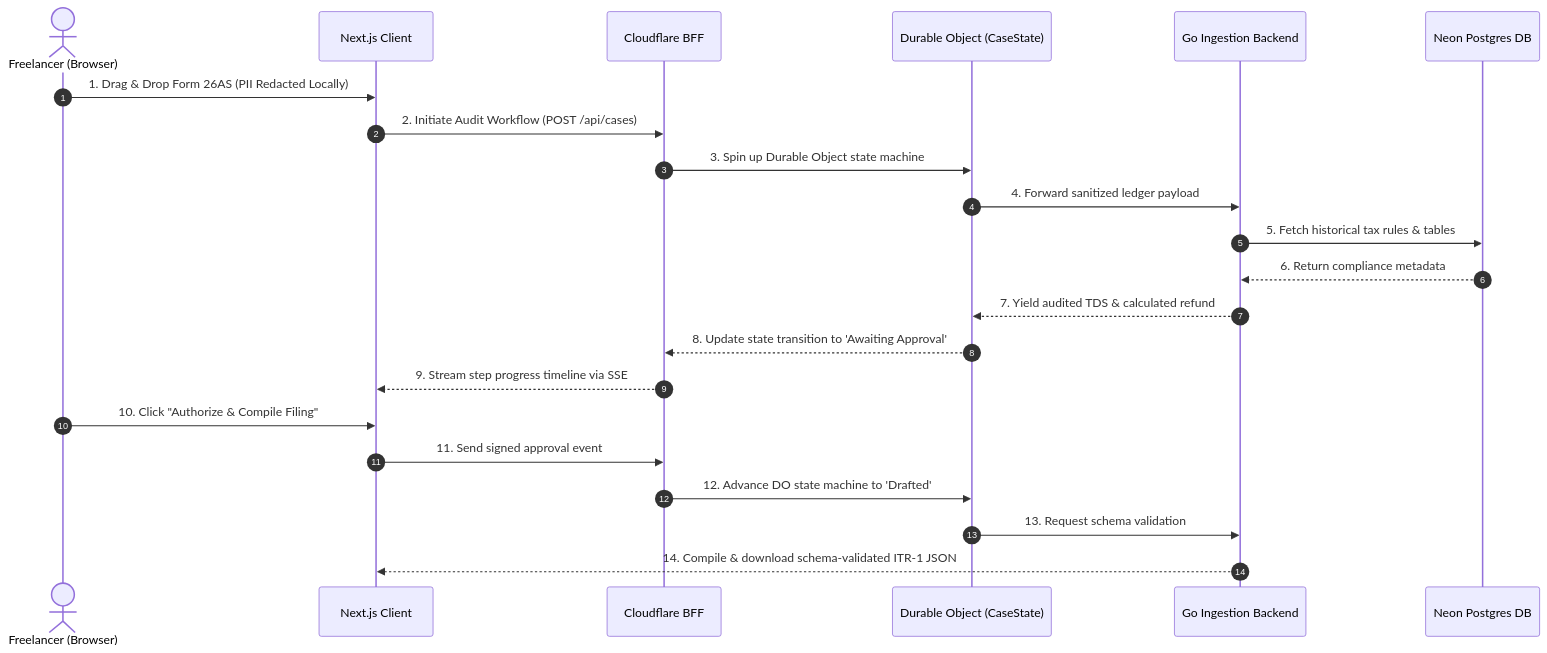
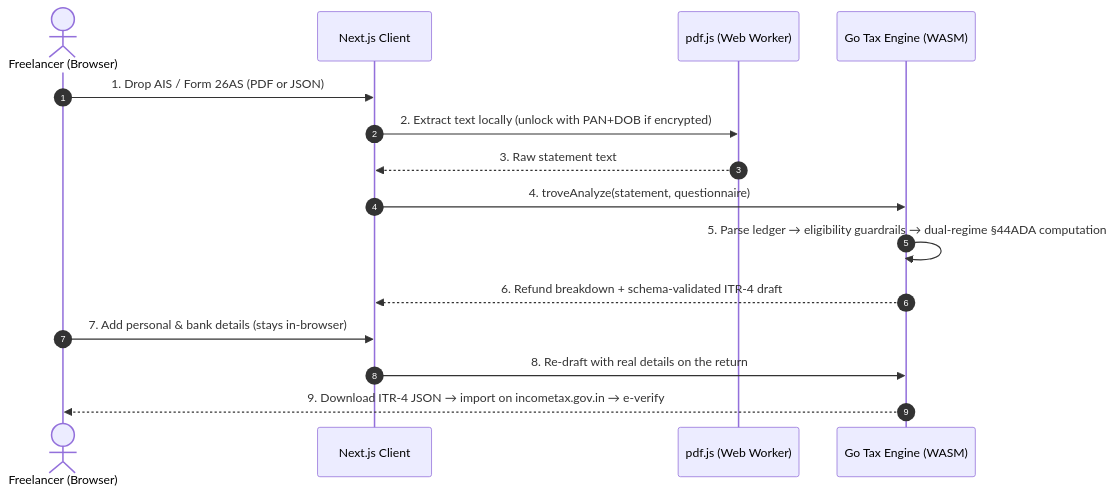
The diagram in README.md (aPassie/trove), drawn with Mermaid before and after one commit. The commit also changed other lines of this file and 114 other files, not shown here.

Commit message:
full client-side: go→wasm tax engine, official ITR-4, zero servers

````diff
--- a/README.md
+++ b/README.md
@@ -30,25 +28,18 @@
 ```mermaid
 sequenceDiagram
     autonumber
     actor User as Freelancer (Browser)
-    participant Front as Next.js Client
-    participant BFF as Cloudflare BFF
-    participant State as Durable Object (CaseState)
-    participant Go as Go Ingestion Backend
-    participant Neon as Neon Postgres DB
+    participant UI as Next.js Client
+    participant PDF as pdf.js (Web Worker)
+    participant WASM as Go Tax Engine (WASM)
 
-    User->>Front: 1. Drag & Drop Form 26AS (PII Redacted Locally)
-    Front->>BFF: 2. Initiate Audit Workflow (POST /api/cases)
-    BFF->>State: 3. Spin up Durable Object state machine
-    State->>Go: 4. Forward sanitized ledger payload
-    Go->>Neon: 5. Fetch historical tax rules & tables
-    Neon-->>Go: 6. Return compliance metadata
-    Go-->>State: 7. Yield audited TDS & calculated refund
-    State-->>BFF: 8. Update state transition to 'Awaiting Approval'
-    BFF-->>Front: 9. Stream step progress timeline via SSE
-    User->>Front: 10. Click "Authorize & Compile Filing"
-    Front->>BFF: 11. Send signed approval event
-    BFF->>State: 12. Advance DO state machine to 'Drafted'
-    State->>Go: 13. Request schema validation
-    Go-->>Front: 14. Compile & download schema-validated ITR-1 JSON
+    User->>UI: 1. Drop AIS / Form 26AS (PDF or JSON)
+    UI->>PDF: 2. Extract text locally (unlock with PAN+DOB if encrypted)
+    PDF-->>UI: 3. Raw statement text
+    UI->>WASM: 4. troveAnalyze(statement, questionnaire)
+    WASM->>WASM: 5. Parse ledger → eligibility guardrails → dual-regime §44ADA computation
+    WASM-->>UI: 6. Refund breakdown + schema-validated ITR-4 draft
+    User->>UI: 7. Add personal & bank details (stays in-browser)
+    UI->>WASM: 8. Re-draft with real details on the return
+    WASM-->>User: 9. Download ITR-4 JSON → import on incometax.gov.in → e-verify
 ```
````
